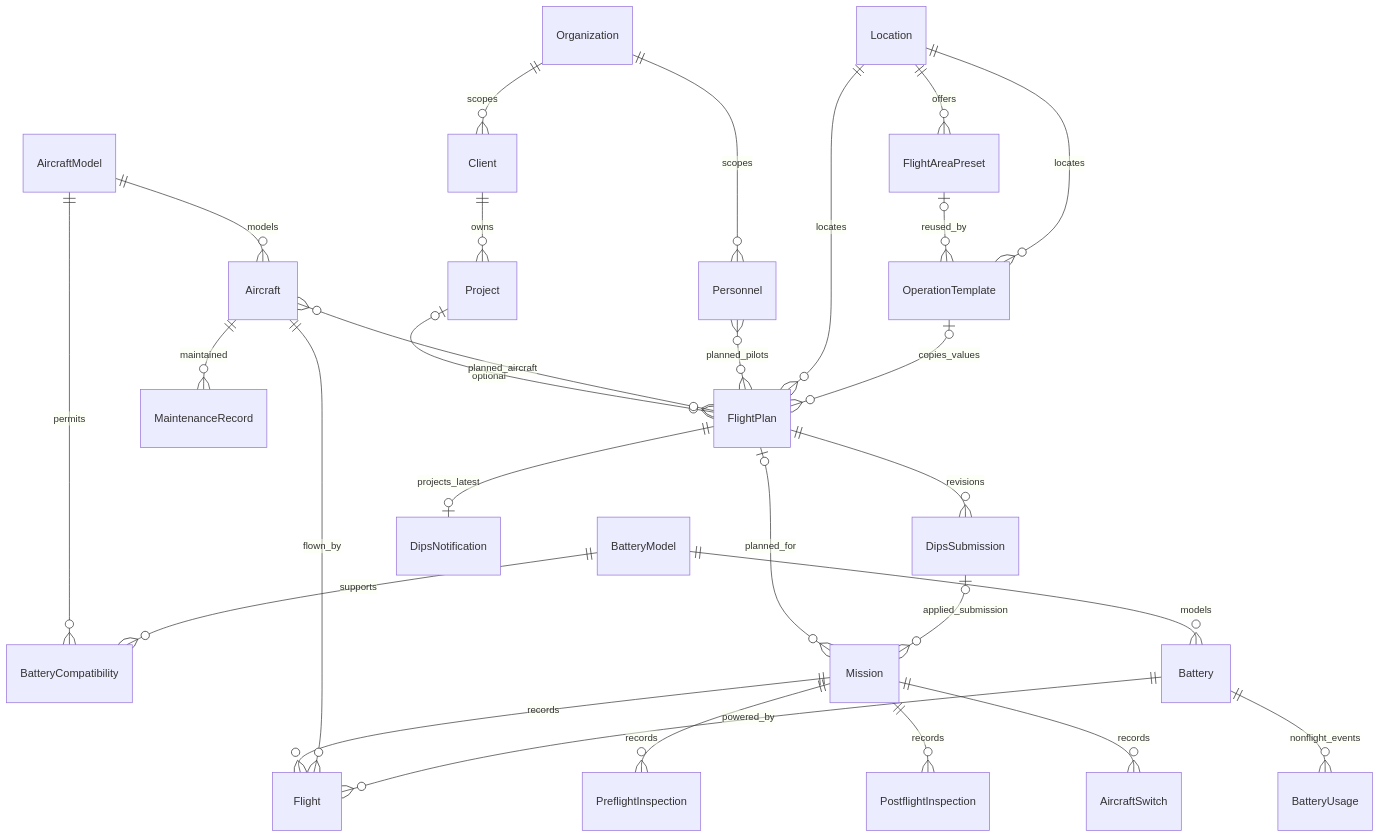
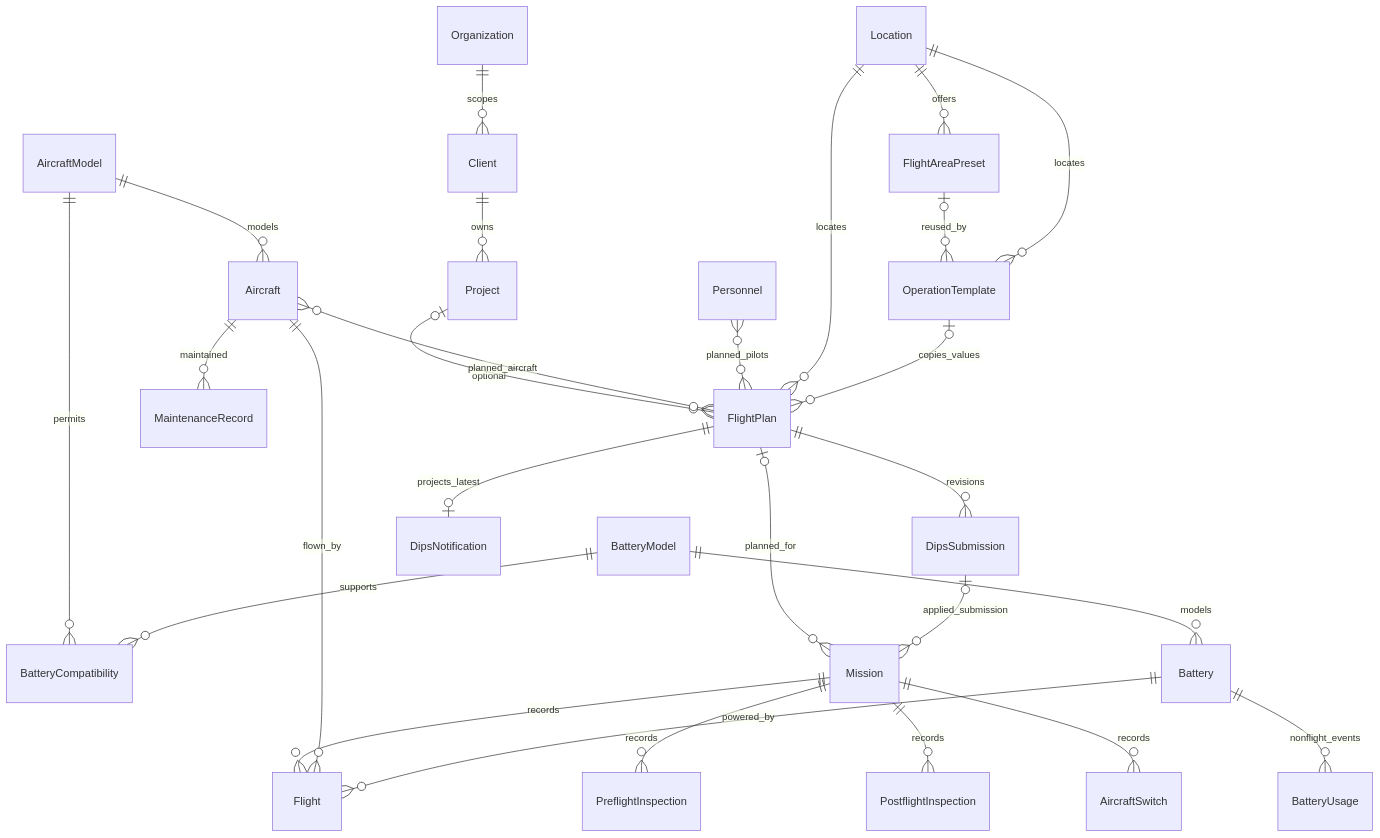
One commit to ikifuse/drone-flight-ops changed the diagram in docs/architecture/domain-model/12_overview.md. Above: the diagram before and after it, drawn with Mermaid. The commit also changed other lines of this file and 28 other files, not shown here.

````diff
--- a/docs/architecture/domain-model/12_overview.md
+++ b/docs/architecture/domain-model/12_overview.md
@@ -12,30 +12,29 @@
 ```mermaid
 erDiagram
     Organization ||--o{ Client : scopes
-    Organization ||--o{ Personnel : scopes
     Client ||--o{ Project : owns
     Project o|--o{ FlightPlan : optional
     AircraftModel ||--o{ Aircraft : models
     AircraftModel ||--o{ BatteryCompatibility : permits
     BatteryModel ||--o{ BatteryCompatibility : supports
     BatteryModel ||--o{ Battery : models
     Aircraft }o--o{ FlightPlan : planned_aircraft
     Personnel }o--o{ FlightPlan : planned_pilots
     Location ||--o{ FlightAreaPreset : offers
     Location ||--o{ FlightPlan : locates
     FlightAreaPreset o|--o{ OperationTemplate : reused_by
     Location ||--o{ OperationTemplate : locates
     OperationTemplate o|--o{ FlightPlan : copies_values
     FlightPlan ||--o{ DipsSubmission : revisions
     FlightPlan ||--o| DipsNotification : projects_latest
     FlightPlan o|--o{ Mission : planned_for
     DipsSubmission o|--o{ Mission : applied_submission
     Mission ||--o{ Flight : records
     Mission ||--o{ PreflightInspection : records
     Mission ||--o{ PostflightInspection : records
     Mission ||--o{ AircraftSwitch : records
     Aircraft ||--o{ Flight : flown_by
     Battery ||--o{ Flight : powered_by
     Aircraft ||--o{ MaintenanceRecord : maintained
     Battery ||--o{ BatteryUsage : nonflight_events
 ```
````
